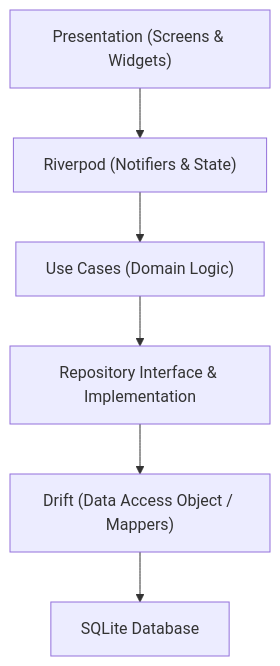
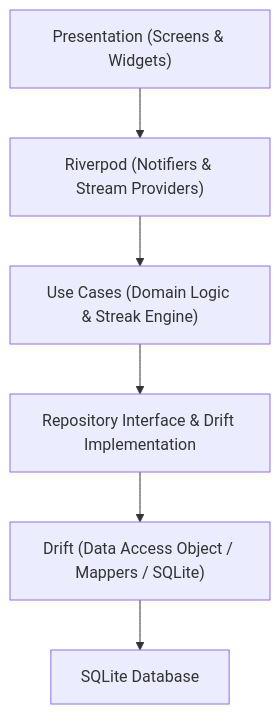
Before and after one commit to Kartavvya07/Habit-Tracker: the diagram in README.md, drawn with Mermaid. The commit also changed other lines of this file and 28 other files, not shown here.

Commit message:
chore(release): release v0.3.0-alpha (Phase 5 Habit Loop & Streak Engine)

````diff
--- a/README.md
+++ b/README.md
@@ -31,15 +32,15 @@
 ```mermaid
 graph TD
     Presentation["Presentation (Screens & Widgets)"]
-    Riverpod["Riverpod (Notifiers & State)"]
-    UseCases["Use Cases (Domain Logic)"]
-    Repository["Repository Interface & Implementation"]
-    Drift["Drift (Data Access Object / Mappers)"]
+    Riverpod["Riverpod (Notifiers & Stream Providers)"]
+    UseCases["Use Cases (Domain Logic & Streak Engine)"]
+    Repository["Repository Interface & Drift Implementation"]
+    Drift["Drift (Data Access Object / Mappers / SQLite)"]
     SQLite["SQLite Database"]
 
     Presentation --> Riverpod
     Riverpod --> UseCases
     UseCases --> Repository
     Repository --> Drift
     Drift --> SQLite
 ```
````
